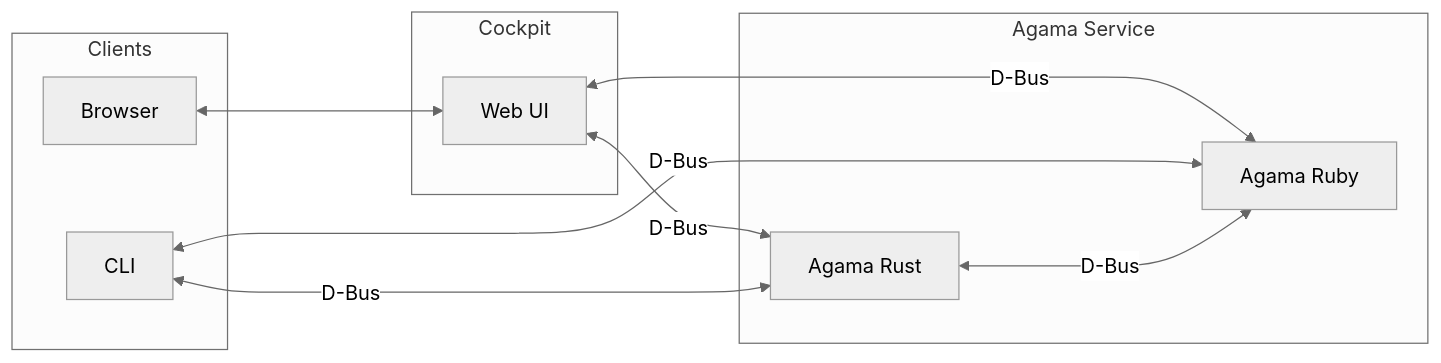
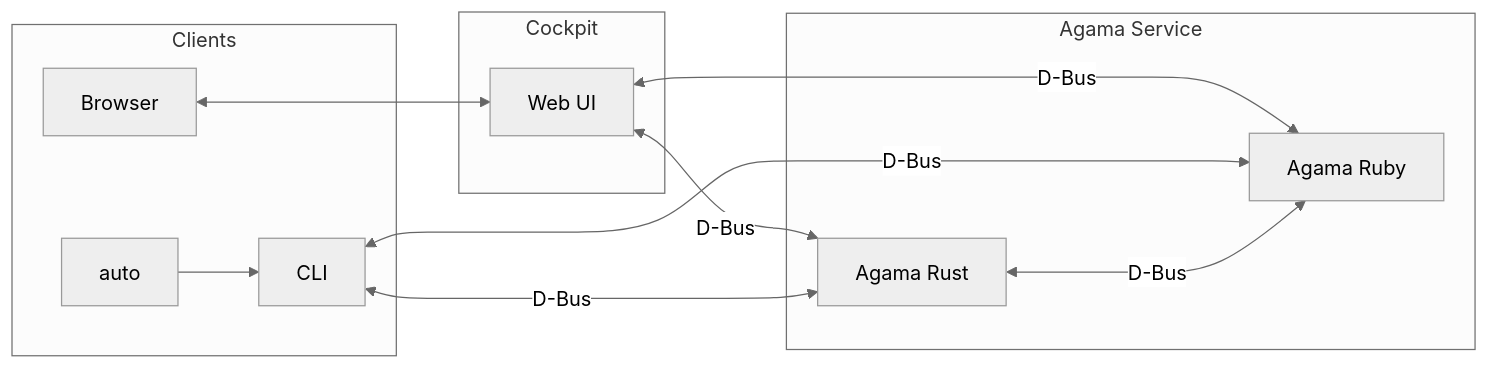
One commit to agama-project/agama changed the first of 2 diagrams in doc/new_architecture.md. Above: the diagram before and after it, drawn with Mermaid (neutral theme). The commit also changed other lines of this file, not shown here.

````diff
--- a/doc/new_architecture.md
+++ b/doc/new_architecture.md
@@ -34,23 +34,25 @@
 ```mermaid
 flowchart LR
   subgraph Clients
     Browser
     CLI
+    auto
   end
 
   subgraph Cockpit
     UI["Web UI"]
   end
 
   subgraph Agama Service
     Rust[Agama Rust]
     Ruby[Agama Ruby]
   end
 
   Browser <---> UI
   UI <--D-Bus--> Rust
   UI <--D-Bus--> Ruby
   CLI <--D-Bus-->  Rust
   CLI <--D-Bus--> Ruby
   Rust <--D-Bus---> Ruby
+  auto --> CLI
 ```
````
